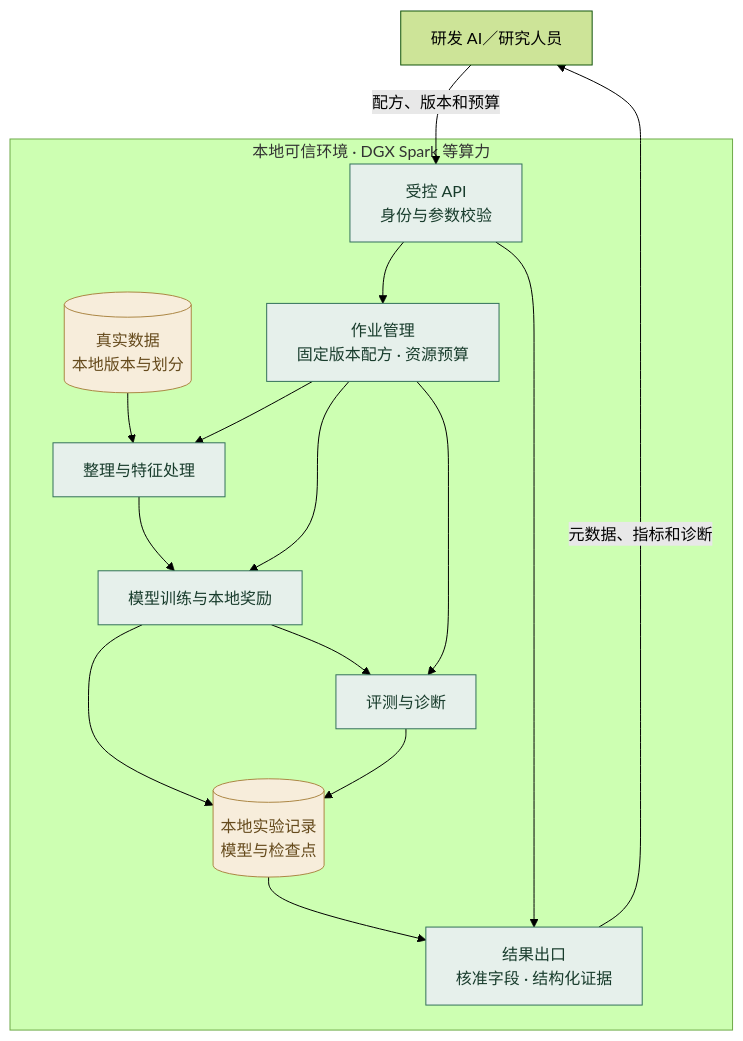
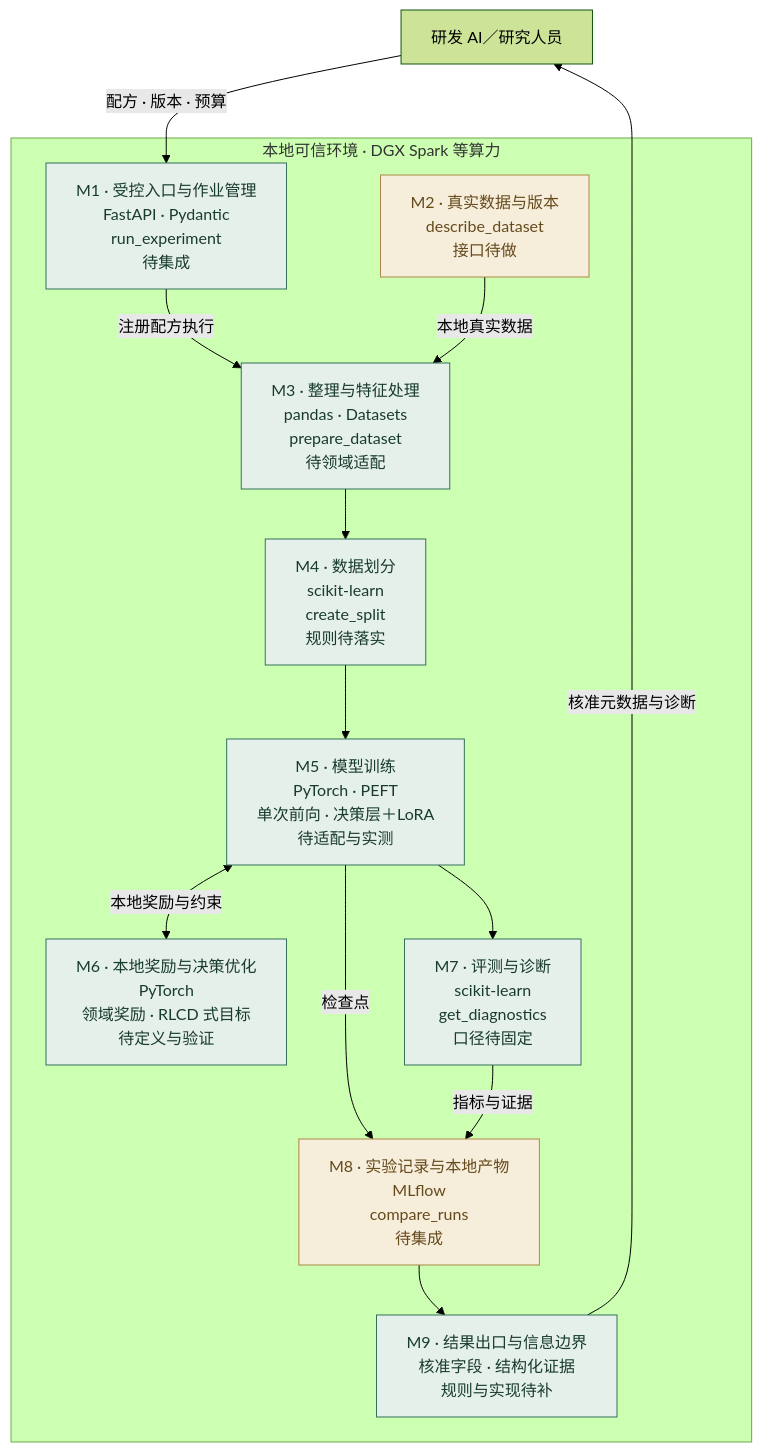
One commit to elfenlieds7/sudowork-physics-rubric changed the diagram in deliverables/architecture/local-training.mmd. Above: the diagram before and after it, drawn with Mermaid (forest theme). The commit also changed 9 other files, not shown here.

Commit message:
Integrate architecture modules and API contracts from a single data source

```diff
--- a/deliverables/architecture/local-training.mmd
+++ b/deliverables/architecture/local-training.mmd
@@ -1,32 +1,54 @@
+%% Generated from local-training.data.json; edit the JSON source.
 flowchart TB
-    AI["研发 AI／研究人员"]
+    actor["研发 AI／研究人员"]
     subgraph LAN["本地可信环境 · DGX Spark 等算力"]
-      API["受控 API
-身份与参数校验"]
-      JOB["作业管理
-固定版本配方 · 资源预算"]
-      DATA[("真实数据
-本地版本与划分")]
-      PREP["整理与特征处理"]
-      TRAIN["模型训练与本地奖励"]
-      EVAL["评测与诊断"]
-      STORE[("本地实验记录
-模型与检查点")]
-      OUT["结果出口
-核准字段 · 结构化证据"]
-      API --> JOB
-      DATA --> PREP --> TRAIN --> EVAL
-      JOB --> PREP
-      JOB --> TRAIN
-      JOB --> EVAL
-      TRAIN --> STORE
-      EVAL --> STORE
-      STORE --> OUT
-      API --> OUT
+      control["M1 · 受控入口与作业管理
+FastAPI · Pydantic
+run_experiment
+待集成"]
+      data["M2 · 真实数据与版本
+describe_dataset
+接口待做"]
+      prepare["M3 · 整理与特征处理
+pandas · Datasets
+prepare_dataset
+待领域适配"]
+      split["M4 · 数据划分
+scikit-learn
+create_split
+规则待落实"]
+      train["M5 · 模型训练
+PyTorch · PEFT
+单次前向 · 决策层＋LoRA
+待适配与实测"]
+      reward["M6 · 本地奖励与决策优化
+PyTorch
+领域奖励 · RLCD 式目标
+待定义与验证"]
+      evaluate["M7 · 评测与诊断
+scikit-learn
+get_diagnostics
+口径待固定"]
+      record["M8 · 实验记录与本地产物
+MLflow
+compare_runs
+待集成"]
+      output["M9 · 结果出口与信息边界
+核准字段 · 结构化证据
+规则与实现待补"]
     end
-    AI -->|"配方、版本和预算"| API
-    OUT -->|"元数据、指标和诊断"| AI
+    actor -->|"配方 · 版本 · 预算"| control
+    control -->|"注册配方执行"| prepare
+    data -->|"本地真实数据"| prepare
+    prepare --> split
+    split --> train
+    train <-->|"本地奖励与约束"| reward
+    train --> evaluate
+    train -->|"检查点"| record
+    evaluate -->|"指标与证据"| record
+    record --> output
+    output -->|"核准元数据与诊断"| actor
     classDef compute fill:#e6f0eb,stroke:#33715a,color:#183c2c
     classDef private fill:#f7eddb,stroke:#ac8745,color:#654a1c
-    class API,JOB,PREP,TRAIN,EVAL,OUT compute
-    class DATA,STORE private
+    class control,prepare,split,train,reward,evaluate,output compute
+    class data,record private
```
